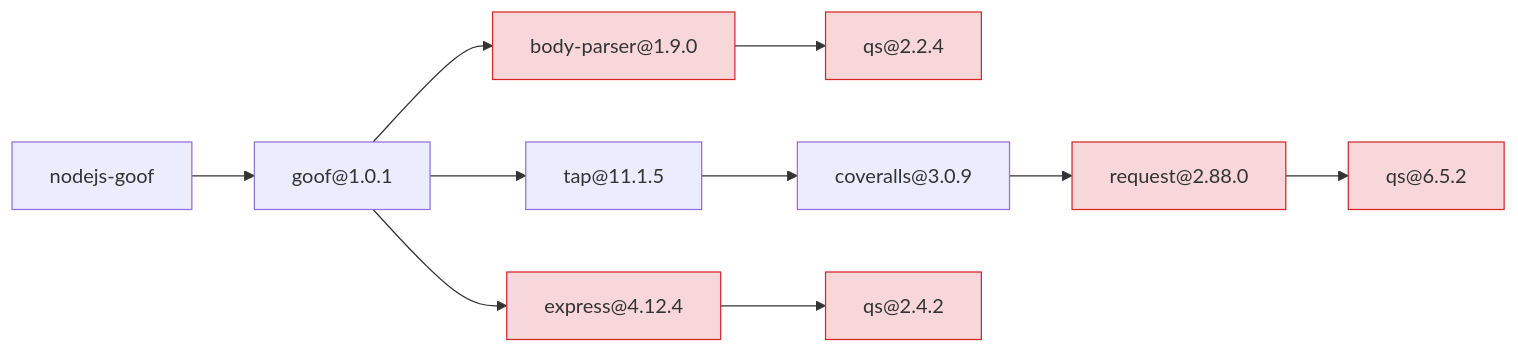
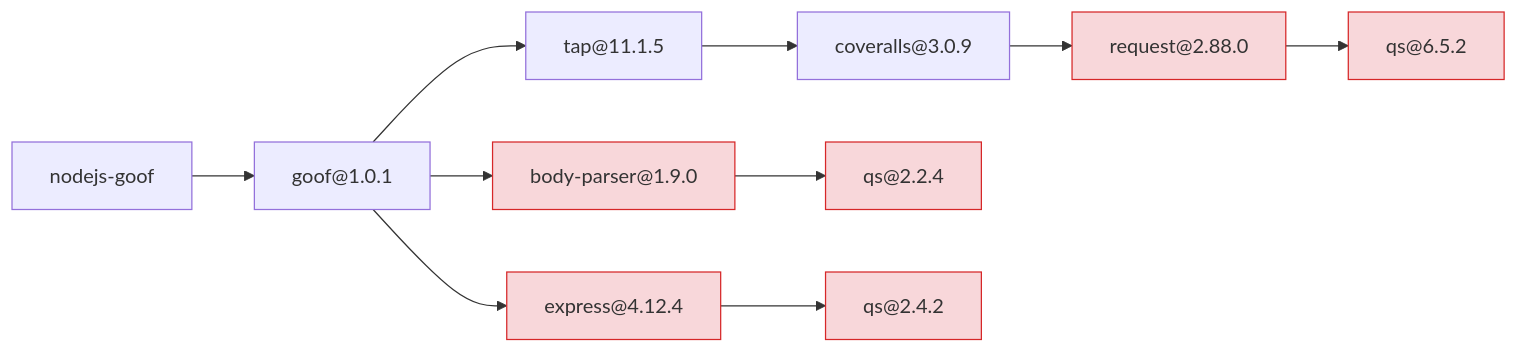
One commit to gshyamv/Bosch-Hackathon changed the diagram in sscg/out/nodejs-goof-focus-qs/graph.mmd. Above: the diagram before and after it, drawn with Mermaid. The commit also changed 544 other files, not shown here.

```diff
--- a/sscg/out/nodejs-goof-focus-qs/graph.mmd
+++ b/sscg/out/nodejs-goof-focus-qs/graph.mmd
@@ -1,21 +1,21 @@
 graph LR
   n0["tap@11.1.5"]
-  n1["express@4.12.4"]:::vuln
-  n2["body-parser@1.9.0"]:::vuln
-  n3["goof@1.0.1"]
-  n4["qs@6.5.2"]:::vuln
-  n5["nodejs-goof"]
-  n6["qs@2.2.4"]:::vuln
-  n7["coveralls@3.0.9"]
-  n8["request@2.88.0"]:::vuln
+  n1["coveralls@3.0.9"]
+  n2["qs@6.5.2"]:::vuln
+  n3["body-parser@1.9.0"]:::vuln
+  n4["qs@2.2.4"]:::vuln
+  n5["request@2.88.0"]:::vuln
+  n6["goof@1.0.1"]
+  n7["nodejs-goof"]
+  n8["express@4.12.4"]:::vuln
   n9["qs@2.4.2"]:::vuln
-  n0 --> n7
-  n1 --> n9
-  n2 --> n6
-  n3 --> n2
-  n3 --> n1
-  n3 --> n0
-  n5 --> n3
-  n7 --> n8
-  n8 --> n4
+  n0 --> n1
+  n1 --> n5
+  n3 --> n4
+  n5 --> n2
+  n6 --> n3
+  n6 --> n8
+  n6 --> n0
+  n7 --> n6
+  n8 --> n9
   classDef vuln fill:#f8d7da,stroke:#d62728
```
